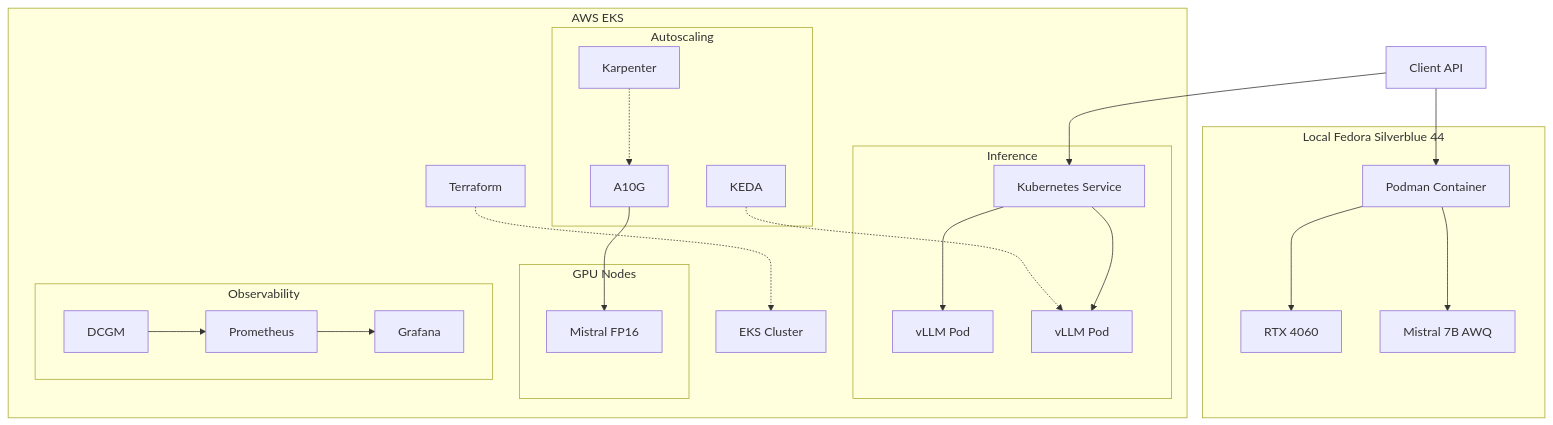
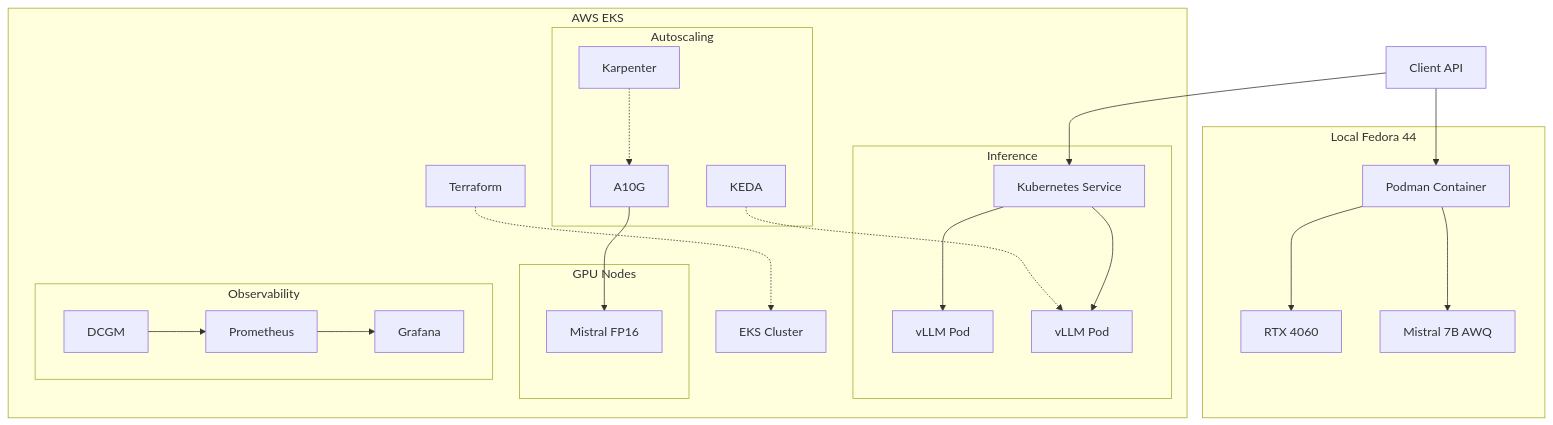
The first of 3 diagrams in README.md (PhenixForge/vllm-serving-kubernetes-platform), drawn with Mermaid before and after one commit. The commit also changed other lines of this file, not shown here.

Commit message:
doc: add Cybersecurity graph

````diff
--- a/README.md
+++ b/README.md
@@ -59,60 +59,60 @@
 ```mermaid
 graph TB
 
     Client["Client API"]
 
-    subgraph Local["Local Fedora Silverblue 44"]
+    subgraph Local["Local Fedora 44"]
         Podman["Podman Container"]
         GPU1["RTX 4060"]
         Model1["Mistral 7B AWQ"]
 
         Podman --> GPU1
         Podman --> Model1
     end
 
     subgraph EKS["AWS EKS"]
 
         EKSRoot["EKS Cluster"]
 
         subgraph Serving["Inference"]
             Service["Kubernetes Service"]
 
             Pod1["vLLM Pod"]
             Pod2["vLLM Pod"]
 
             Service --> Pod1
             Service --> Pod2
         end
 
         subgraph Scaling["Autoscaling"]
             KEDA["KEDA"]
             Karpenter["Karpenter"]
 
             KEDA -.-> Pod2
             Karpenter -.-> GPU2
         end
 
         subgraph Nodes["GPU Nodes"]
             GPU2["A10G"]
             Model2["Mistral FP16"]
 
             GPU2 --> Model2
         end
 
         subgraph Observability["Observability"]
             DCGM["DCGM"]
             Prometheus["Prometheus"]
             Grafana["Grafana"]
 
             DCGM --> Prometheus
             Prometheus --> Grafana
         end
 
         Terraform["Terraform"]
 
         Terraform -.-> EKSRoot
     end
 
     Client --> Podman
     Client --> Service
 ```
````
